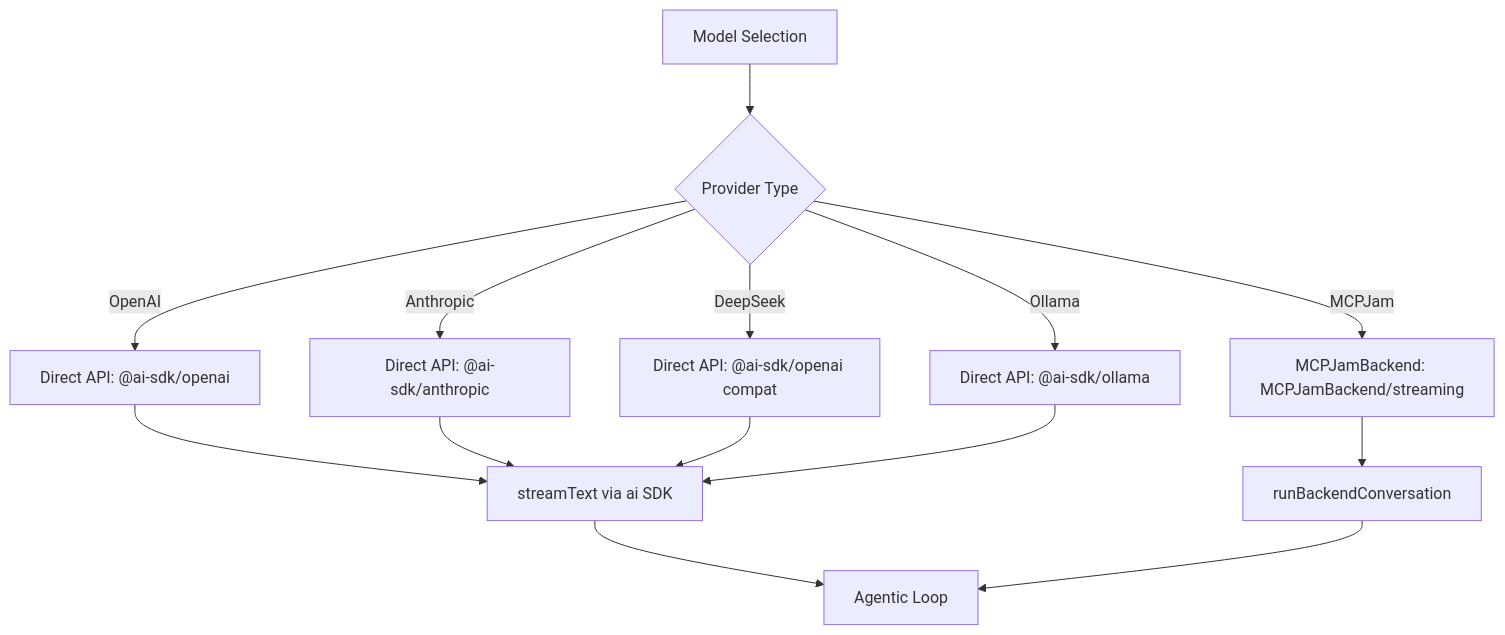
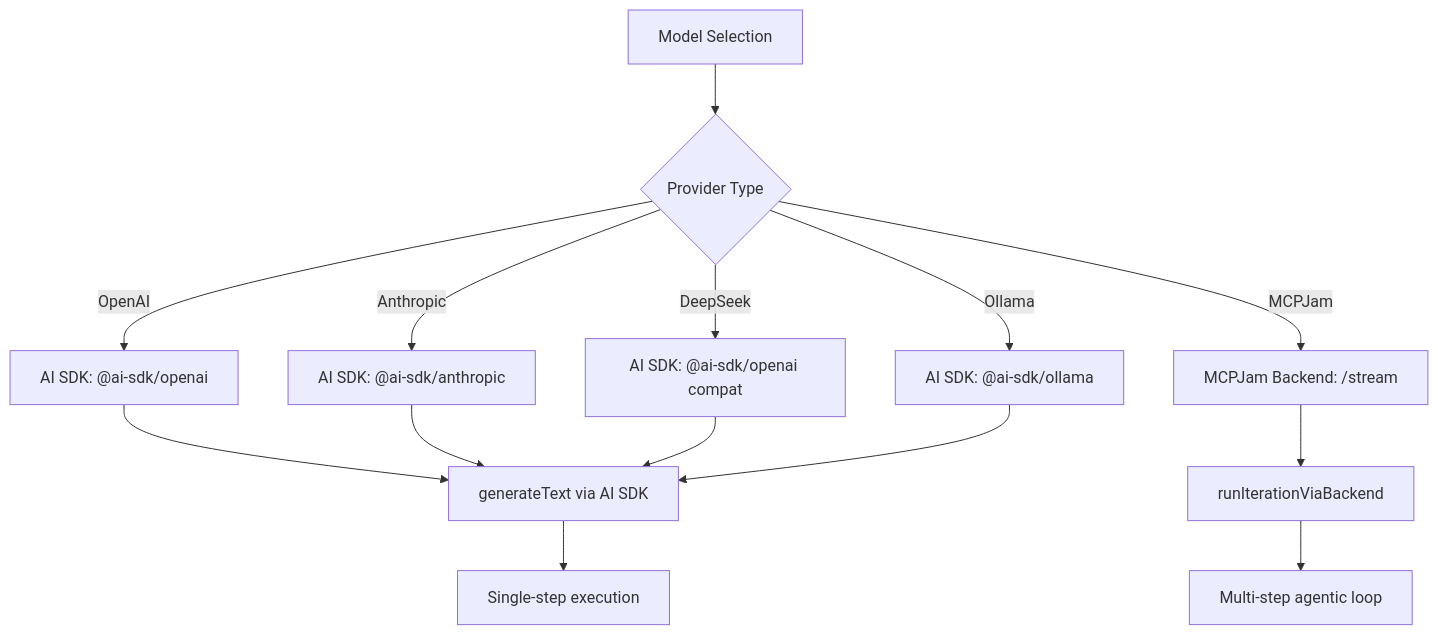
The tenth of 11 diagrams in docs/contributing/evals-architecture.mdx (MCPJam/inspector), drawn with Mermaid before and after one commit. The commit also changed other lines of this file, not shown here.

Commit message:
Update evals architecture documentation for AI SDK migration (#838)

````diff
--- a/docs/contributing/evals-architecture.mdx
+++ b/docs/contributing/evals-architecture.mdx
@@ -574,20 +566,20 @@
 ```mermaid
 flowchart TD
     A[Model Selection] --> B{Provider Type}
 
-    B -->|OpenAI| C[Direct API: @ai-sdk/openai]
-    B -->|Anthropic| D[Direct API: @ai-sdk/anthropic]
-    B -->|DeepSeek| E[Direct API: @ai-sdk/openai compat]
-    B -->|Ollama| F[Direct API: @ai-sdk/ollama]
-    B -->|MCPJam| G[MCPJamBackend: MCPJamBackend/streaming]
+    B -->|OpenAI| C[AI SDK: @ai-sdk/openai]
+    B -->|Anthropic| D[AI SDK: @ai-sdk/anthropic]
+    B -->|DeepSeek| E[AI SDK: @ai-sdk/openai compat]
+    B -->|Ollama| F[AI SDK: @ai-sdk/ollama]
+    B -->|MCPJam| G[MCPJam Backend: /stream]
 
-    C --> H[streamText via ai SDK]
+    C --> H[generateText via AI SDK]
     D --> H
     E --> H
     F --> H
 
-    G --> I[runBackendConversation]
+    G --> I[runIterationViaBackend]
 
-    H --> J[Agentic Loop]
-    I --> J
+    H --> J[Single-step execution]
+    I --> K[Multi-step agentic loop]
 ```
````
